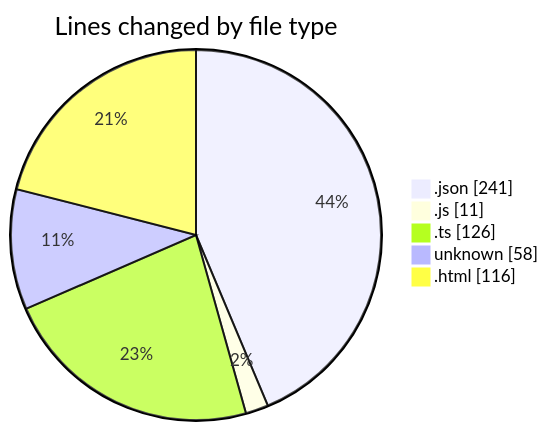
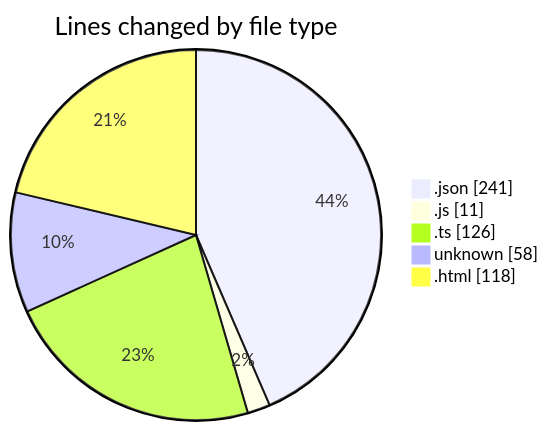
One commit to momahboobian/code-tracking changed the first of 2 diagrams in 2025-05-12/news-clock-system-caspercg/README.md. Above: the diagram before and after it, drawn with Mermaid. The commit also changed other lines of this file and 1 other file, not shown here.

````diff
--- a/2025-05-12/news-clock-system-caspercg/README.md
+++ b/2025-05-12/news-clock-system-caspercg/README.md
@@ -26,9 +26,9 @@
 ```mermaid
 pie showData
 title Lines changed by file type
 ".json" : 241
 ".js" : 11
 ".ts" : 126
 "unknown" : 58
-".html" : 116
+".html" : 118
 ```
````
